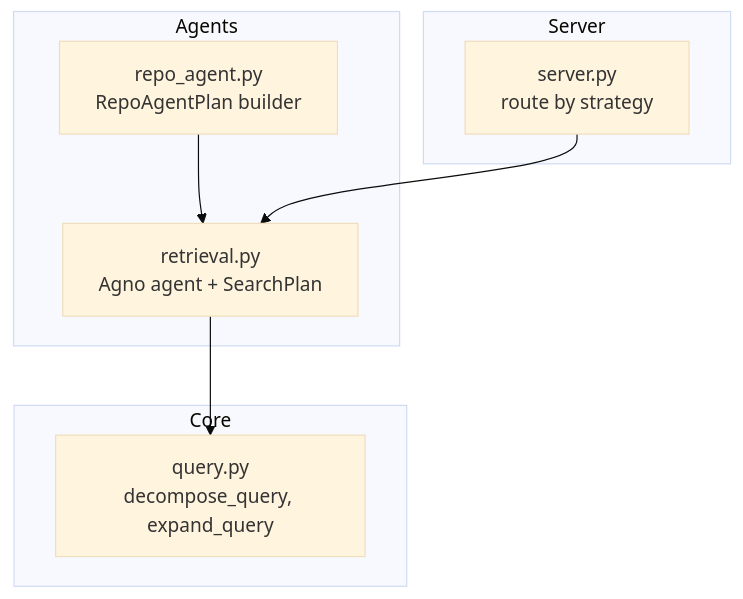
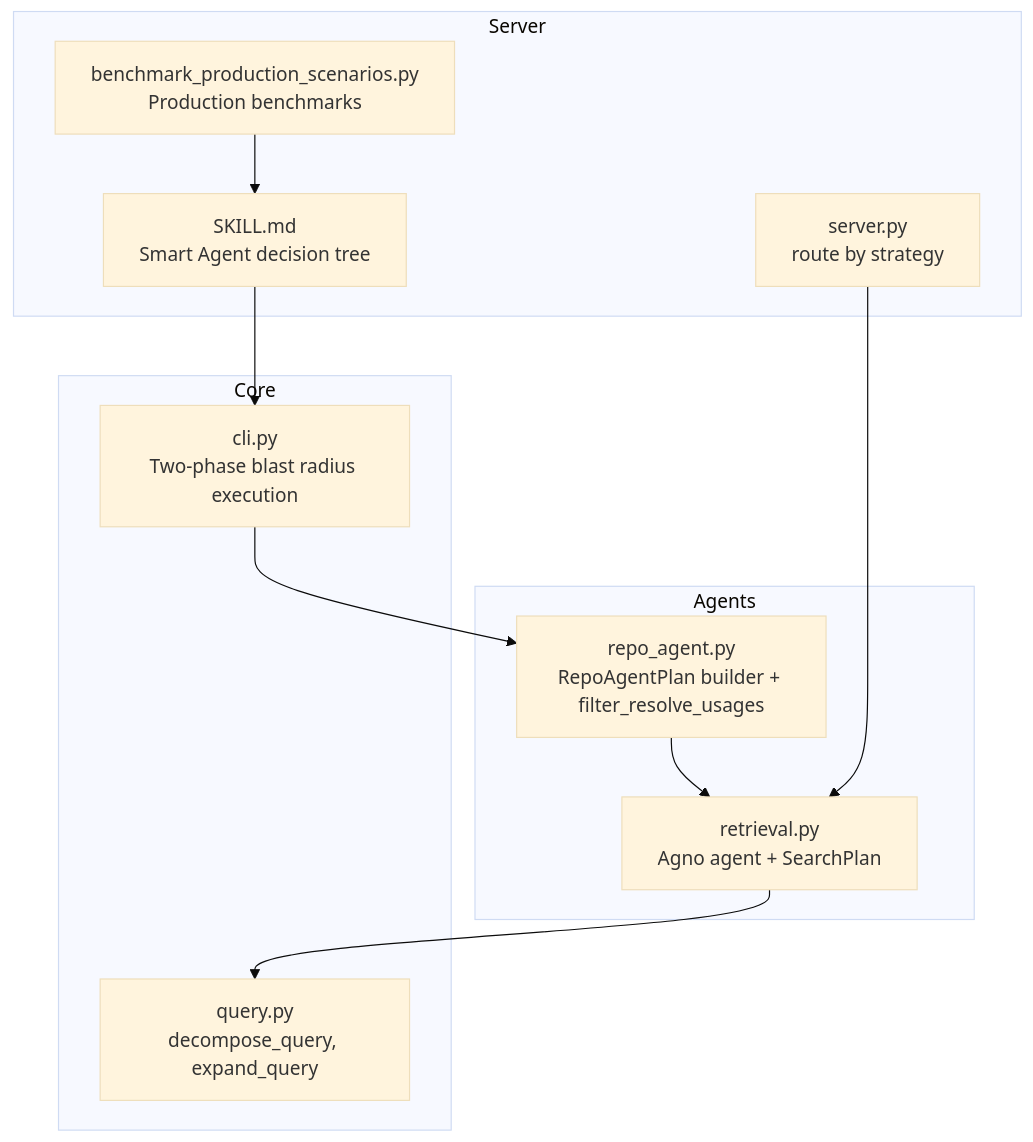
One commit to NcitDev/ragsystem changed the first of 5 diagrams in docs/wiki/Search and Retrieval/Query Planning and Strategy Selection.md. Above: the diagram before and after it, drawn with Mermaid (base theme). The commit also changed other lines of this file and 27 other files, not shown here.

````diff
--- a/docs/wiki/Search and Retrieval/Query Planning and Strategy Selection.md
+++ b/docs/wiki/Search and Retrieval/Query Planning and Strategy Selection.md
@@ -33,16 +48,22 @@
 ```mermaid
 graph TB
 subgraph "Agents"
 RA["retrieval.py<br/>Agno agent + SearchPlan"]
-RAP["repo_agent.py<br/>RepoAgentPlan builder"]
+RAP["repo_agent.py<br/>RepoAgentPlan builder + filter_resolve_usages"]
 end
 subgraph "Core"
 Q["query.py<br/>decompose_query, expand_query"]
+CLI["cli.py<br/>Two-phase blast radius execution"]
 end
 subgraph "Server"
 S["server.py<br/>route by strategy"]
+SKILL["SKILL.md<br/>Smart Agent decision tree"]
+BENCH["benchmark_production_scenarios.py<br/>Production benchmarks"]
 end
 RA --> Q
 RAP --> RA
 S --> RA
+CLI --> RAP
+SKILL --> CLI
+BENCH --> SKILL
 ```
````
